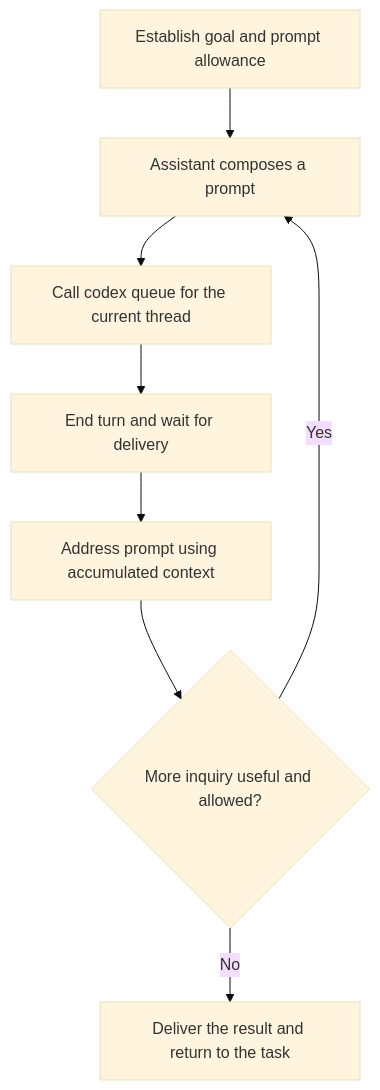
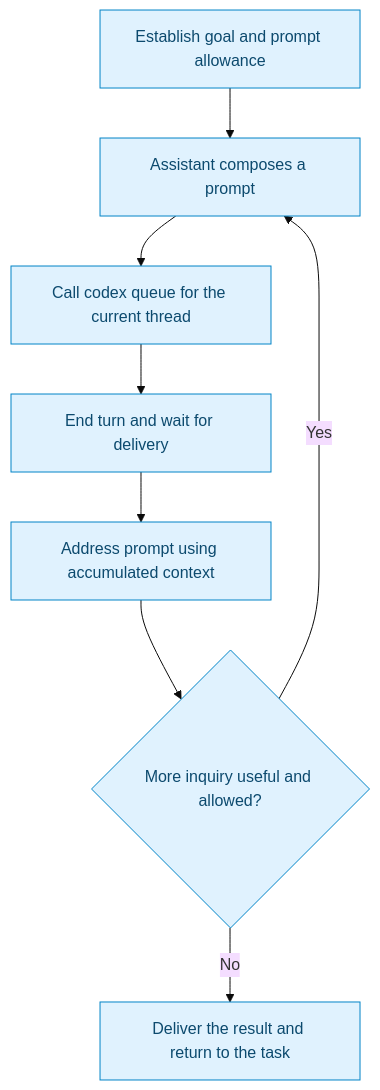
One commit to adamjpatterson/meta-prompting changed the diagram in skills/meta-prompting/README.md. Above: the diagram before and after it, drawn with Mermaid (base theme). The commit also changed other lines of this file and 3 other files, not shown here.

````diff
--- a/skills/meta-prompting/README.md
+++ b/skills/meta-prompting/README.md
@@ -13,10 +13,11 @@
 ```mermaid
 flowchart TD
     A[Establish goal and prompt allowance] --> B[Assistant composes a prompt]
     B --> C[Call codex queue for the current thread]
     C --> D[End turn and wait for delivery]
     D --> E[Address prompt using accumulated context]
     E --> F{More inquiry useful and allowed?}
     F -->|Yes| B
     F -->|No| G[Deliver the result and return to the task]
+    classDef default fill:#e0f2fe,stroke:#0284c7,color:#0c4a6e;
 ```
````
